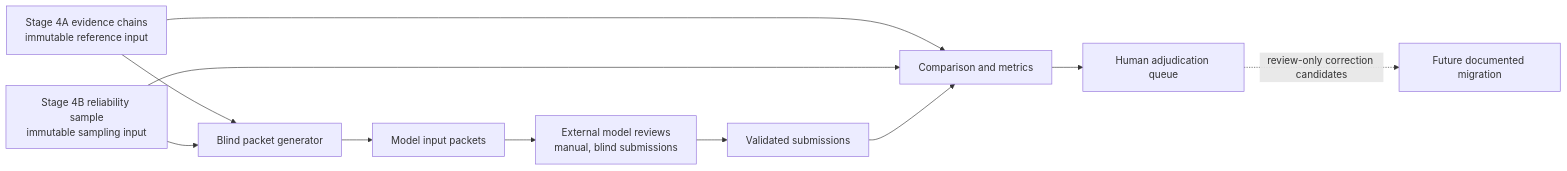
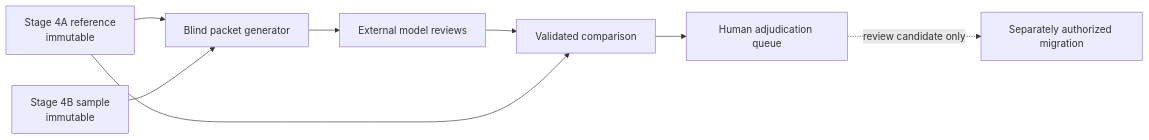
One commit to ashitaka-emishi/lincoln-metaphor-analysis changed the diagram in docs/methodology/multi-model-reliability.md. Above: the diagram before and after it, drawn with Mermaid. The commit also changed other lines of this file and 2 other files, not shown here.

First line of the commit message:
Publish Stage 4M methodology page (#152)

````diff
--- a/docs/methodology/multi-model-reliability.md
+++ b/docs/methodology/multi-model-reliability.md
@@ -57,13 +29,10 @@
 ```mermaid
 flowchart LR
-  A["Stage 4A evidence chains<br/>immutable reference input"] --> P["Blind packet generator"]
-  B["Stage 4B reliability sample<br/>immutable sampling input"] --> P
-  P --> I["Model input packets"]
-  I --> X["External model reviews<br/>manual, blind submissions"]
-  X --> S["Validated submissions"]
-  A --> C["Comparison and metrics"]
-  B --> C
-  S --> C
-  C --> Q["Human adjudication queue"]
-  Q -. "review-only correction candidates" .-> R["Future documented migration"]
+  A["Stage 4A reference<br/>immutable"] --> P["Blind packet generator"]
+  B["Stage 4B sample<br/>immutable"] --> P
+  P --> M["External model reviews"]
+  M --> C["Validated comparison"]
+  A --> C
+  C --> H["Human adjudication queue"]
+  H -. "review candidate only" .-> R["Separately authorized migration"]
 ```
````
